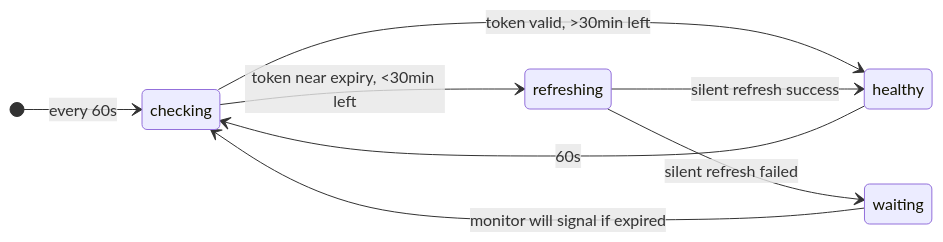
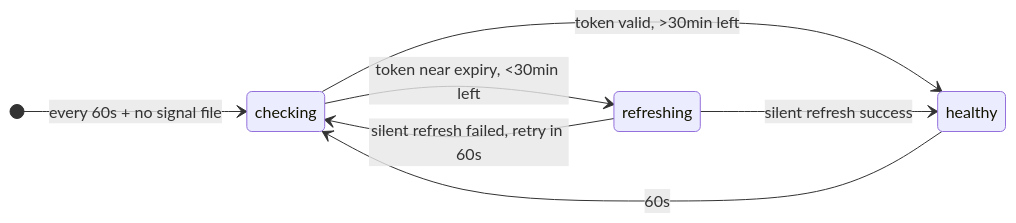
One commit to rp-arielrodriguez/bazel-aws-maven-proxy changed the sixth of 9 diagrams in docs/state-machine.md. Above: the diagram before and after it, drawn with Mermaid. The commit also changed other lines of this file and 1 other file, not shown here.

First line of the commit message:
docs: fix 14 mermaid diagram inaccuracies

````diff
--- a/docs/state-machine.md
+++ b/docs/state-machine.md
@@ -102,11 +121,10 @@
 ```mermaid
 stateDiagram-v2
     direction LR
-    [*] --> checking : every 60s
+    [*] --> checking : every 60s + no signal file
     checking --> healthy : token valid, >30min left
     checking --> refreshing : token near expiry, <30min left
     refreshing --> healthy : silent refresh success
-    refreshing --> waiting : silent refresh failed
+    refreshing --> checking : silent refresh failed, retry in 60s
     healthy --> checking : 60s
-    waiting --> checking : monitor will signal if expired
 ```
````
